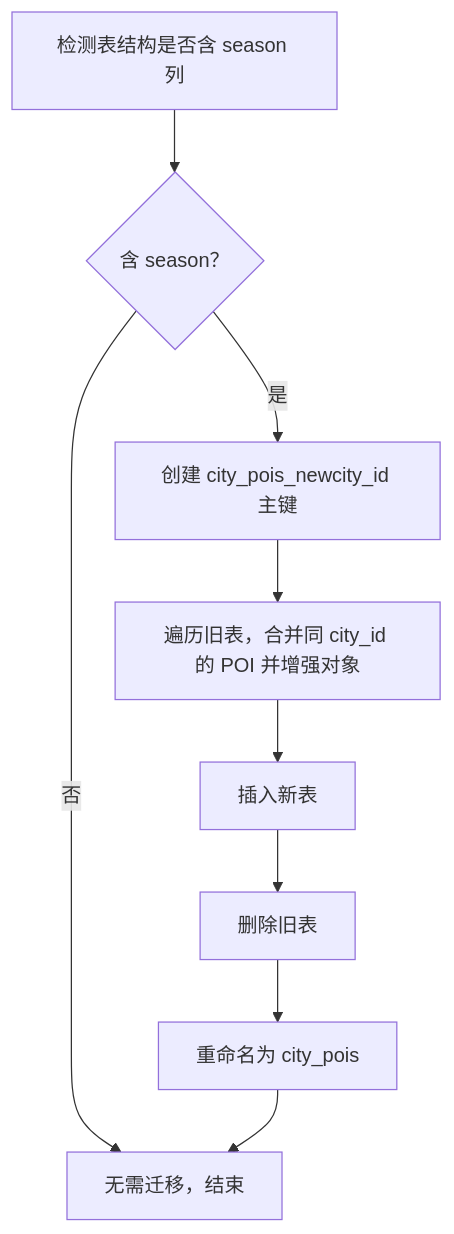
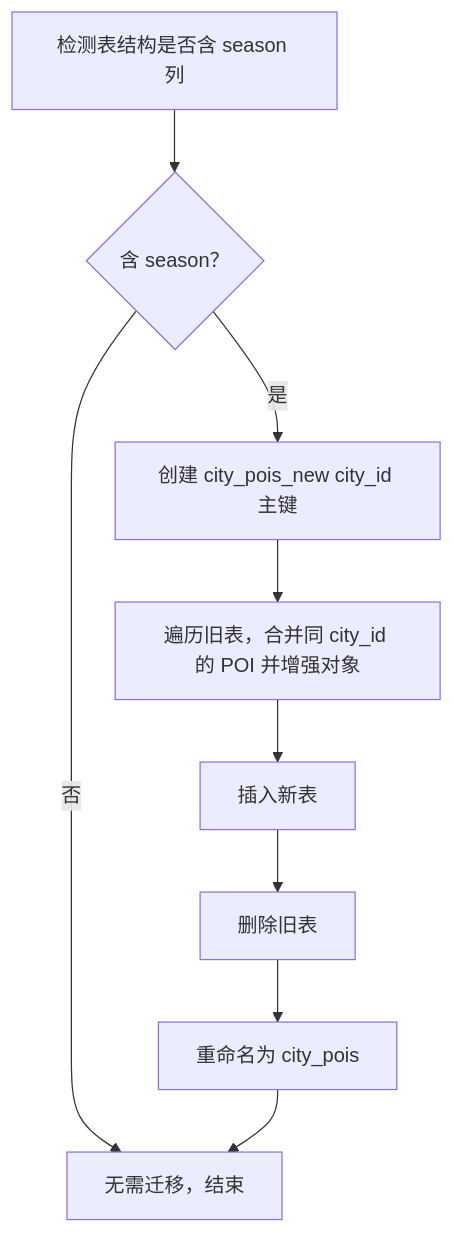
The eighth of 11 diagrams in .qoder/repowiki/zh/content/AI数据采集系统/数据库管理.md (ititjjy/AITrip-plan), drawn with Mermaid before and after one commit. The commit also changed other lines of this file and 25 other files, not shown here.

````diff
--- a/.qoder/repowiki/zh/content/AI数据采集系统/数据库管理.md
+++ b/.qoder/repowiki/zh/content/AI数据采集系统/数据库管理.md
@@ -307,11 +412,11 @@
 ```mermaid
 flowchart TD
 Detect["检测表结构是否含 season 列"] --> HasSeason{"含 season？"}
 HasSeason --> |否| Done["无需迁移，结束"]
-HasSeason --> |是| CreateNew["创建 city_pois_newcity_id 主键"]
+HasSeason --> |是| CreateNew["创建 city_pois_new city_id 主键"]
 CreateNew --> Merge["遍历旧表，合并同 city_id 的 POI 并增强对象"]
 Merge --> InsertNew["插入新表"]
 InsertNew --> DropOld["删除旧表"]
 DropOld --> Rename["重命名为 city_pois"]
 Rename --> Done
 ```
````
